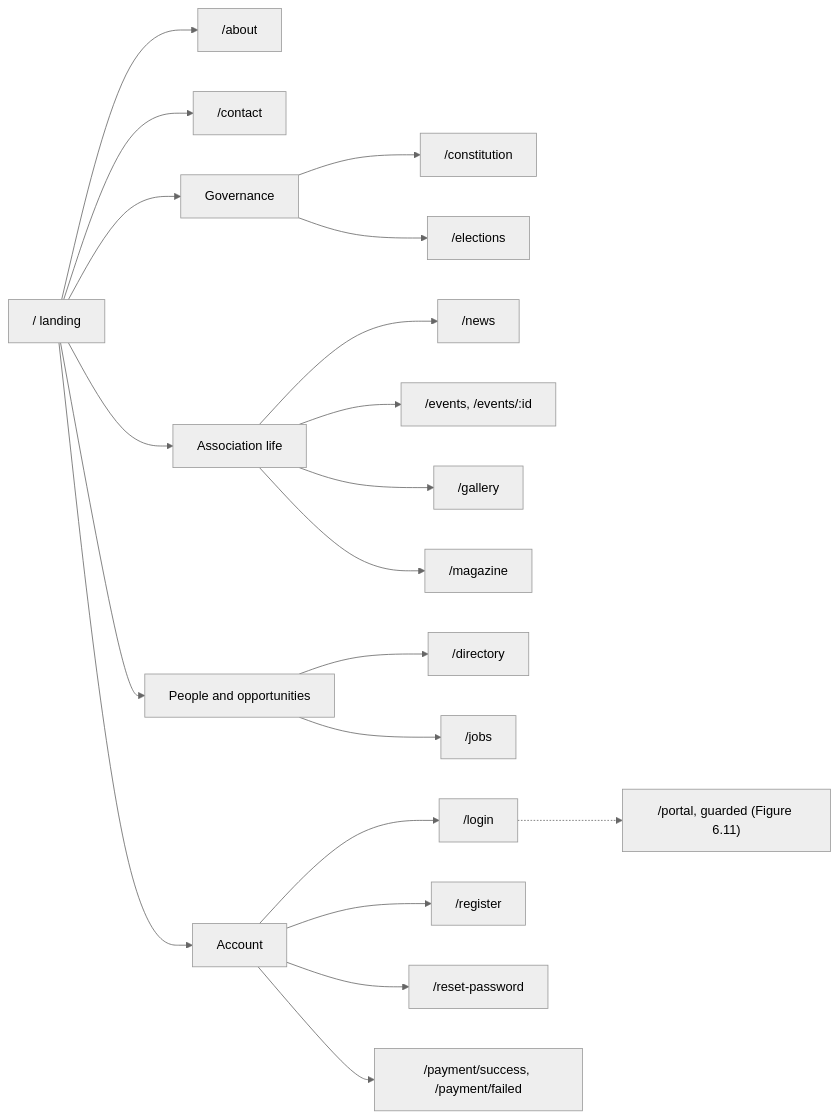
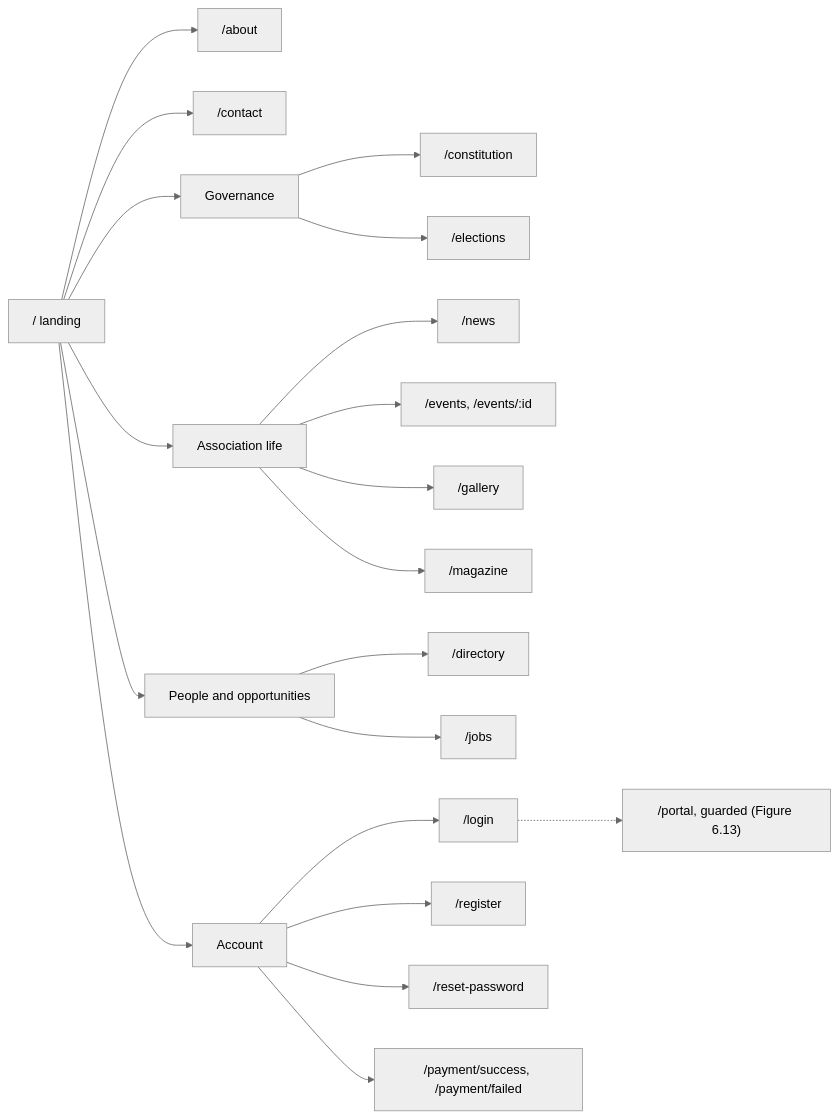
Before and after one commit to shalin-rahman/GHCAA: diagram 14 of 15 in docs/book/06-architecture.md, drawn with Mermaid (neutral theme). The commit also changed other lines of this file and 35 other files, not shown here.

````diff
--- a/docs/book/06-architecture.md
+++ b/docs/book/06-architecture.md
@@ -978,23 +1082,23 @@
 ```mermaid
 flowchart LR
     HOME["/ landing"]
     HOME --> ABOUT["/about"]
     HOME --> CONTACT["/contact"]
     HOME --> GOV["Governance"]
     GOV --> CONST["/constitution"]
     GOV --> ELEC["/elections"]
     HOME --> LIFE["Association life"]
     LIFE --> NEWS["/news"]
     LIFE --> EVENTS["/events, /events/:id"]
     LIFE --> GAL["/gallery"]
     LIFE --> MAG["/magazine"]
     HOME --> PEOPLE["People and opportunities"]
     PEOPLE --> DIR["/directory"]
     PEOPLE --> JOBS["/jobs"]
     HOME --> ACCESS["Account"]
     ACCESS --> LOGIN["/login"]
     ACCESS --> REG["/register"]
     ACCESS --> RESET["/reset-password"]
     ACCESS --> PAY["/payment/success, /payment/failed"]
-    LOGIN -.-> PORTAL["/portal, guarded (Figure 6.11)"]
+    LOGIN -.-> PORTAL["/portal, guarded (Figure 6.13)"]
 ```
````
